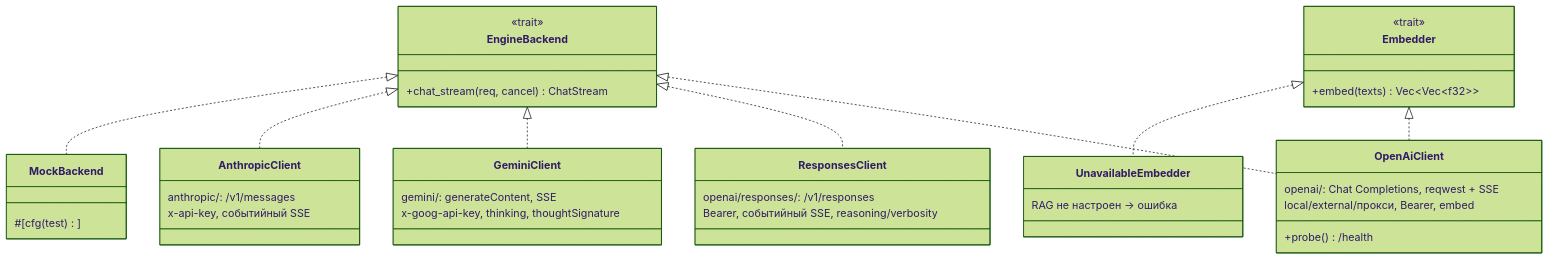
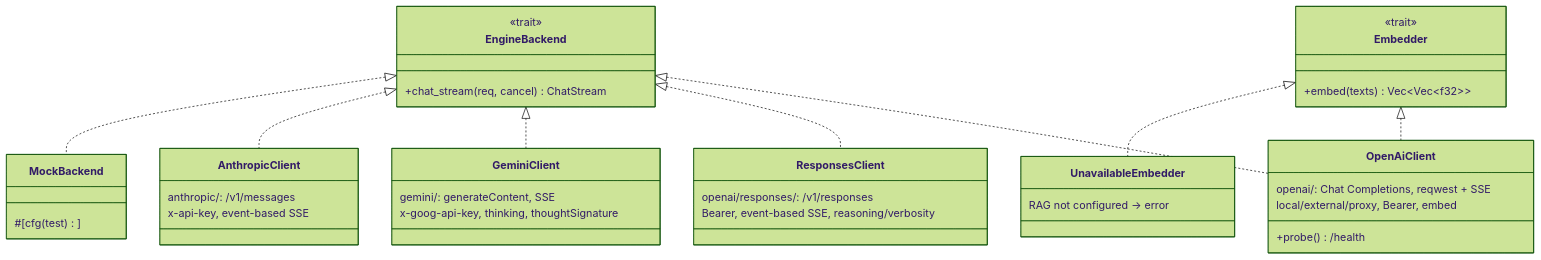
One commit to vshylov/mindfork-rs changed the sixth of 17 diagrams in docs/architecture.md. Above: the diagram before and after it, drawn with Mermaid (forest theme). The commit also changed other lines of this file and 18 other files, not shown here.

````diff
--- a/docs/architecture.md
+++ b/docs/architecture.md
@@ -576,41 +598,41 @@
 ```mermaid
 classDiagram
     class EngineBackend {
         <<trait>>
         +chat_stream(req, cancel) ChatStream
     }
     class Embedder {
         <<trait>>
         +embed(texts) Vec~Vec~f32~~
     }
     class OpenAiClient {
         openai/: Chat Completions, reqwest + SSE
         +probe() /health
-        local/external/прокси, Bearer, embed
+        local/external/proxy, Bearer, embed
     }
     class ResponsesClient {
         openai/responses/: /v1/responses
-        Bearer, событийный SSE, reasoning/verbosity
+        Bearer, event-based SSE, reasoning/verbosity
     }
     class GeminiClient {
         gemini/: generateContent, SSE
         x-goog-api-key, thinking, thoughtSignature
     }
     class AnthropicClient {
         anthropic/: /v1/messages
-        x-api-key, событийный SSE
+        x-api-key, event-based SSE
     }
     class UnavailableEmbedder {
-        RAG не настроен → ошибка
+        RAG not configured → error
     }
     class MockBackend {
         #[cfg(test)]
     }
     EngineBackend <|.. OpenAiClient
     EngineBackend <|.. ResponsesClient
     EngineBackend <|.. GeminiClient
     EngineBackend <|.. AnthropicClient
     EngineBackend <|.. MockBackend
     Embedder <|.. OpenAiClient
     Embedder <|.. UnavailableEmbedder
 ```
````
